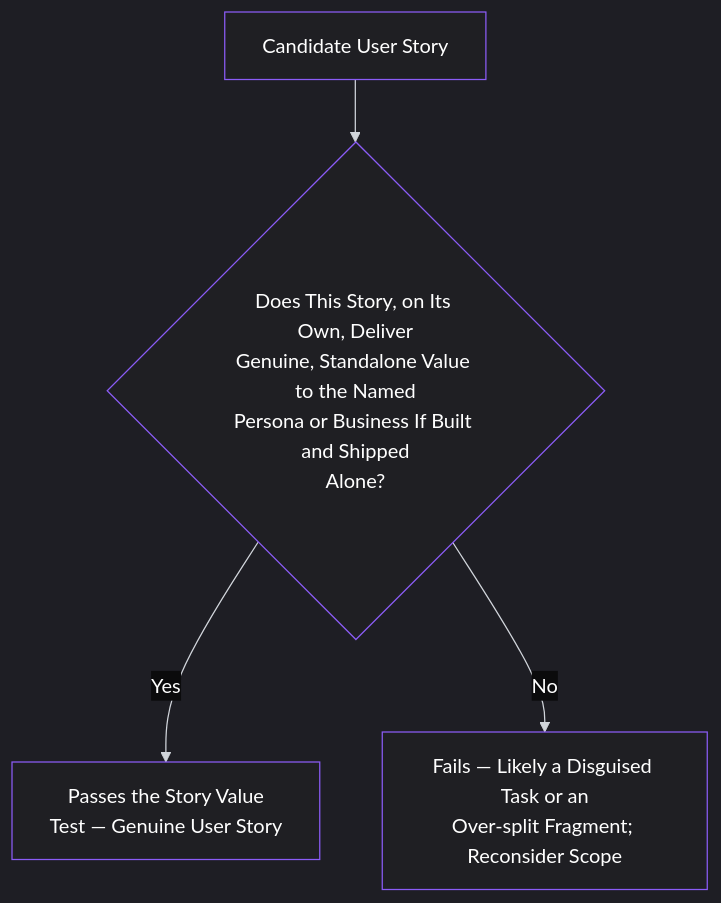
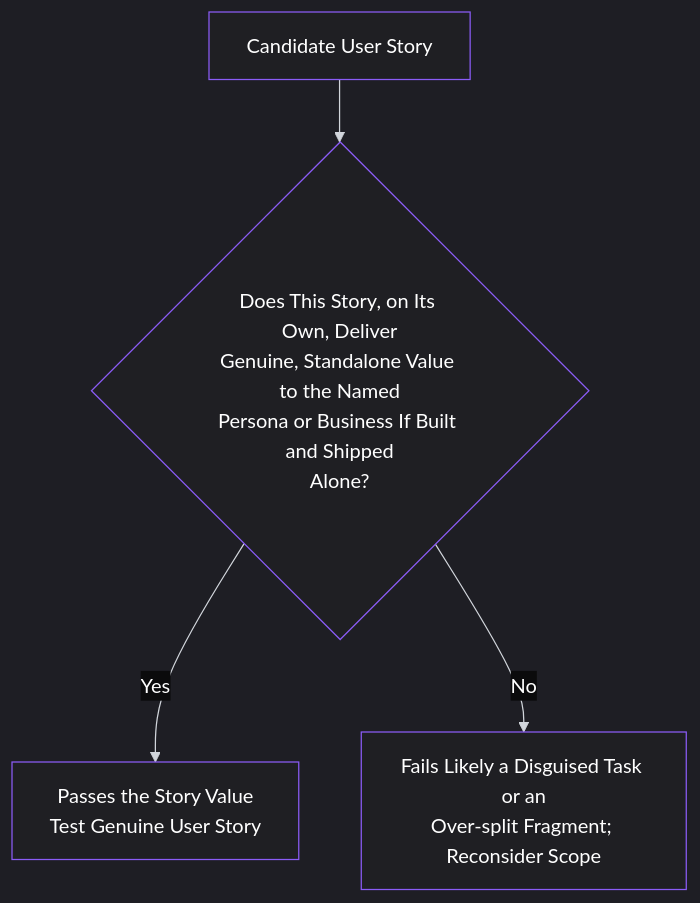
The third of 3 diagrams in content/lessons/lesson-023.md (pmacademy-app/web), drawn with Mermaid before and after one commit. The commit also changed other lines of this file and 90 other files, not shown here.

````diff
--- a/content/lessons/lesson-023.md
+++ b/content/lessons/lesson-023.md
@@ -204,36 +204,36 @@
 ```mermaid
 %%{init: {
   "theme": "dark",
   "themeVariables": {
     "background": "#0b0b0c",
     "primaryColor": "#1f1f23",
     "primaryTextColor": "#ffffff",
     "primaryBorderColor": "#8b5cf6",
     "lineColor": "#d1d5db",
     "secondaryColor": "#18181b",
     "tertiaryColor": "#111111",
     "mainBkg": "#1f1f23",
     "nodeBorder": "#8b5cf6",
     "clusterBkg": "#000000",
     "clusterBorder": "#27272a",
     "titleColor": "#ffffff",
     "edgeLabelBackground": "#0b0b0c",
     "nodeTextColor": "#ffffff",
     "edgeLabelColor": "#ffffff",
     "actorBorder": "#8b5cf6",
     "actorBkg": "#1f1f23",
     "actorTextColor": "#ffffff",
     "sequenceNumberColor": "#ffffff",
     "signalColor": "#8b5cf6",
     "signalTextColor": "#ffffff",
     "textColor": "#ffffff",
     "classText": "#ffffff",
     "classBorder": "#8b5cf6",
     "classBkg": "#1f1f23"
   }
 }}%%
 graph TD
     A[Candidate User Story] --> B{Does This Story, on Its Own, Deliver<br/>Genuine, Standalone Value to the Named<br/>Persona or Business If Built and Shipped<br/>Alone?}
-    B -->|Yes| C[Passes the Story Value<br/>Test — Genuine User Story]
-    B -->|No| D[Fails — Likely a Disguised Task or an<br/>Over-split Fragment; Reconsider Scope]
+    B -->|Yes| C[Passes the Story Value<br/>Test Genuine User Story]
+    B -->|No| D[Fails Likely a Disguised Task or an<br/>Over-split Fragment; Reconsider Scope]
 ```
````
